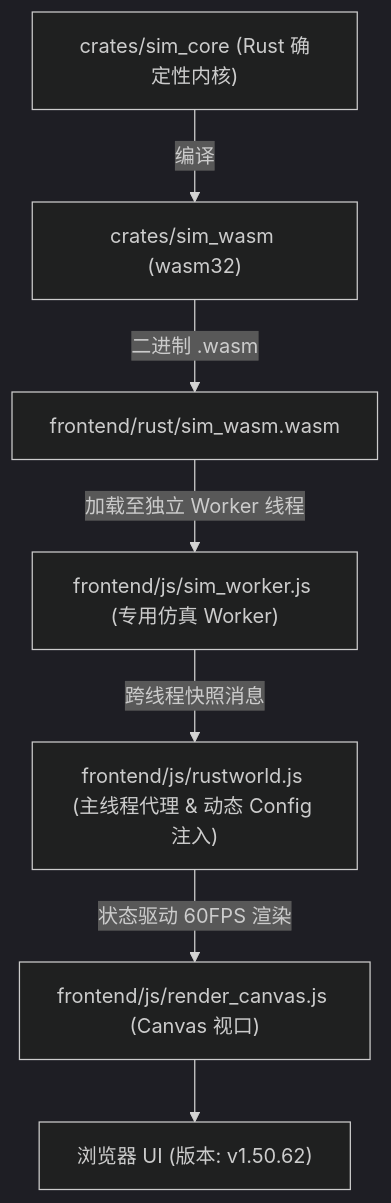
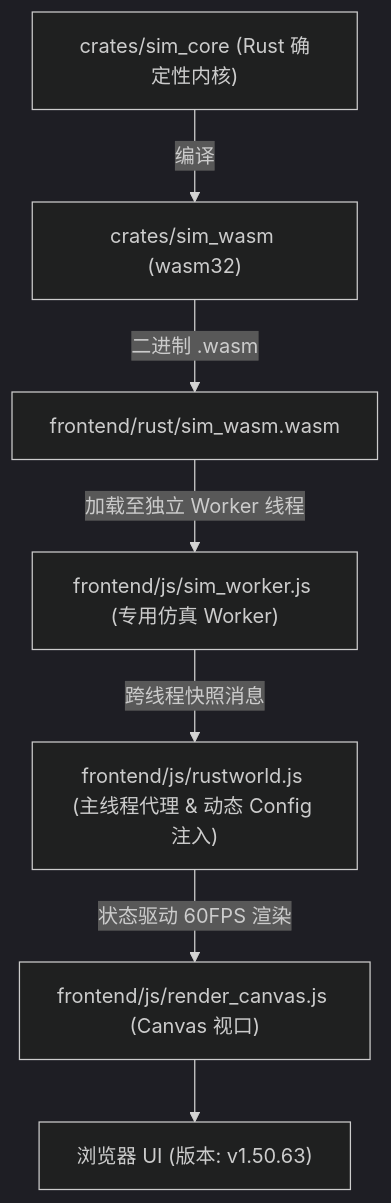
The diagram in AGENTS.md (g39088902/FlowAndAccord), drawn with Mermaid (dark theme) before and after one commit. The commit also changed other lines of this file and 29 other files, not shown here.

````diff
--- a/AGENTS.md
+++ b/AGENTS.md
@@ -61,10 +61,10 @@
 ```mermaid
 graph TD
     A["crates/sim_core (Rust 确定性内核)"] -->|编译| B["crates/sim_wasm (wasm32)"]
     B -->|二进制 .wasm| C["frontend/rust/sim_wasm.wasm"]
     C -->|加载至独立 Worker 线程| D["frontend/js/sim_worker.js (专用仿真 Worker)"]
     D -->|跨线程快照消息| E["frontend/js/rustworld.js (主线程代理 & 动态 Config 注入)"]
     E -->|状态驱动 60FPS 渲染| F["frontend/js/render_canvas.js (Canvas 视口)"]
-    F --> G["浏览器 UI (版本: v1.50.62)"]
+    F --> G["浏览器 UI (版本: v1.50.63)"]
 
 ```
````
